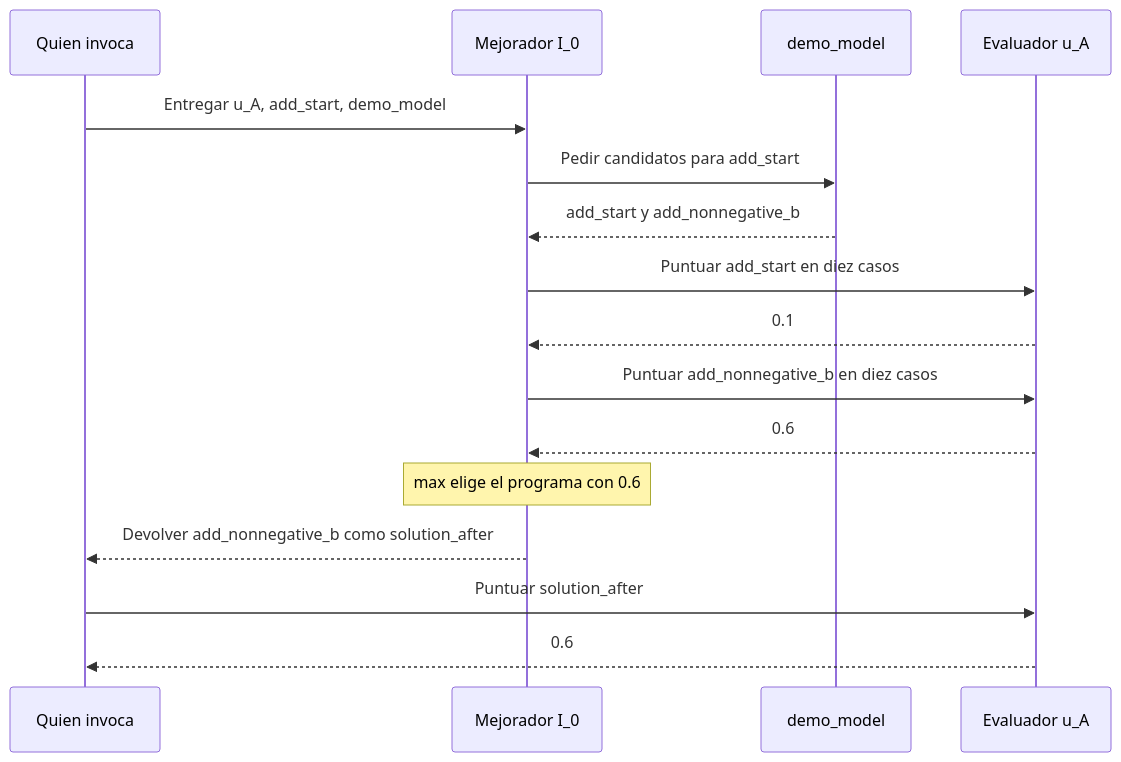
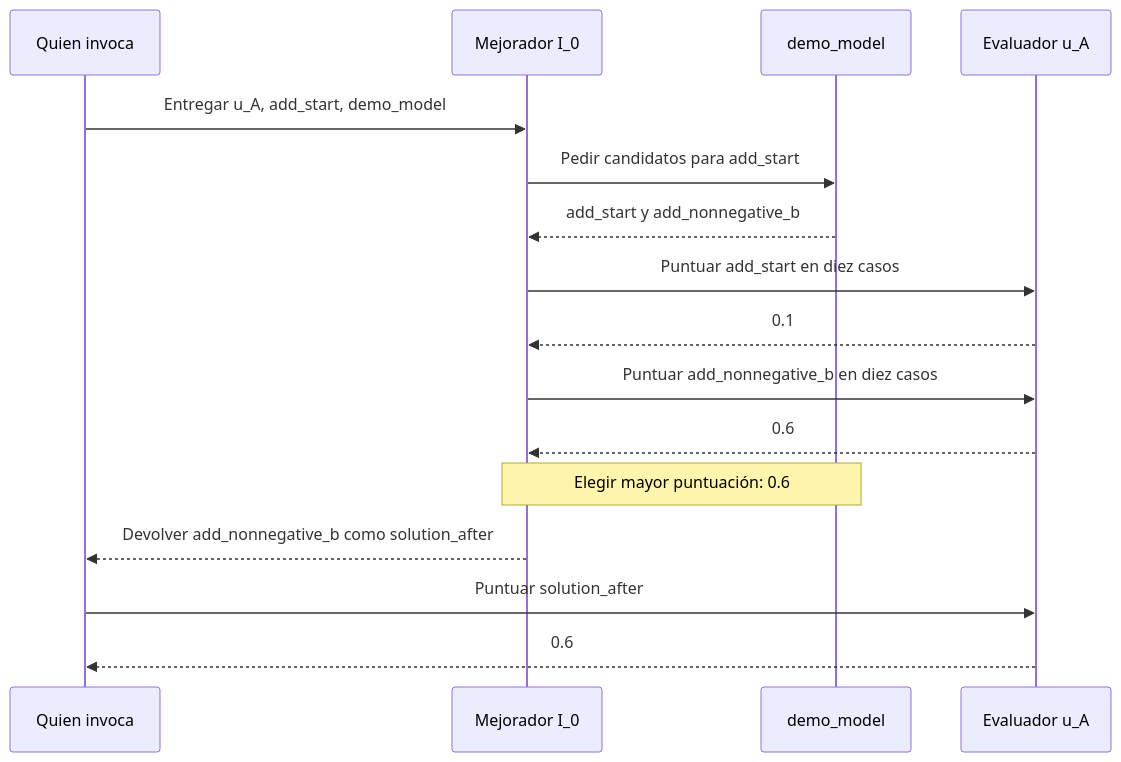
One commit to jairzinhosantos/thinking-harness changed the fifth of 7 diagrams in research/literature/reviews/pap-0001-stop.es.md. Above: the diagram before and after it, drawn with Mermaid. The commit also changed 1 other file, not shown here.

Commit message:
docs: fit STOP sequence diagram labels

````diff
--- a/research/literature/reviews/pap-0001-stop.es.md
+++ b/research/literature/reviews/pap-0001-stop.es.md
@@ -297,18 +297,18 @@
 ```mermaid
 sequenceDiagram
     participant C as Quien invoca
     participant I as Mejorador I_0
     participant M as demo_model
     participant U as Evaluador u_A
     C->>I: Entregar u_A, add_start, demo_model
     I->>M: Pedir candidatos para add_start
     M-->>I: add_start y add_nonnegative_b
     I->>U: Puntuar add_start en diez casos
     U-->>I: 0.1
     I->>U: Puntuar add_nonnegative_b en diez casos
     U-->>I: 0.6
-    Note over I: max elige el programa con 0.6
+    Note over I,M: Elegir mayor puntuación: 0.6
     I-->>C: Devolver add_nonnegative_b como solution_after
     C->>U: Puntuar solution_after
     U-->>C: 0.6
 ```
````
